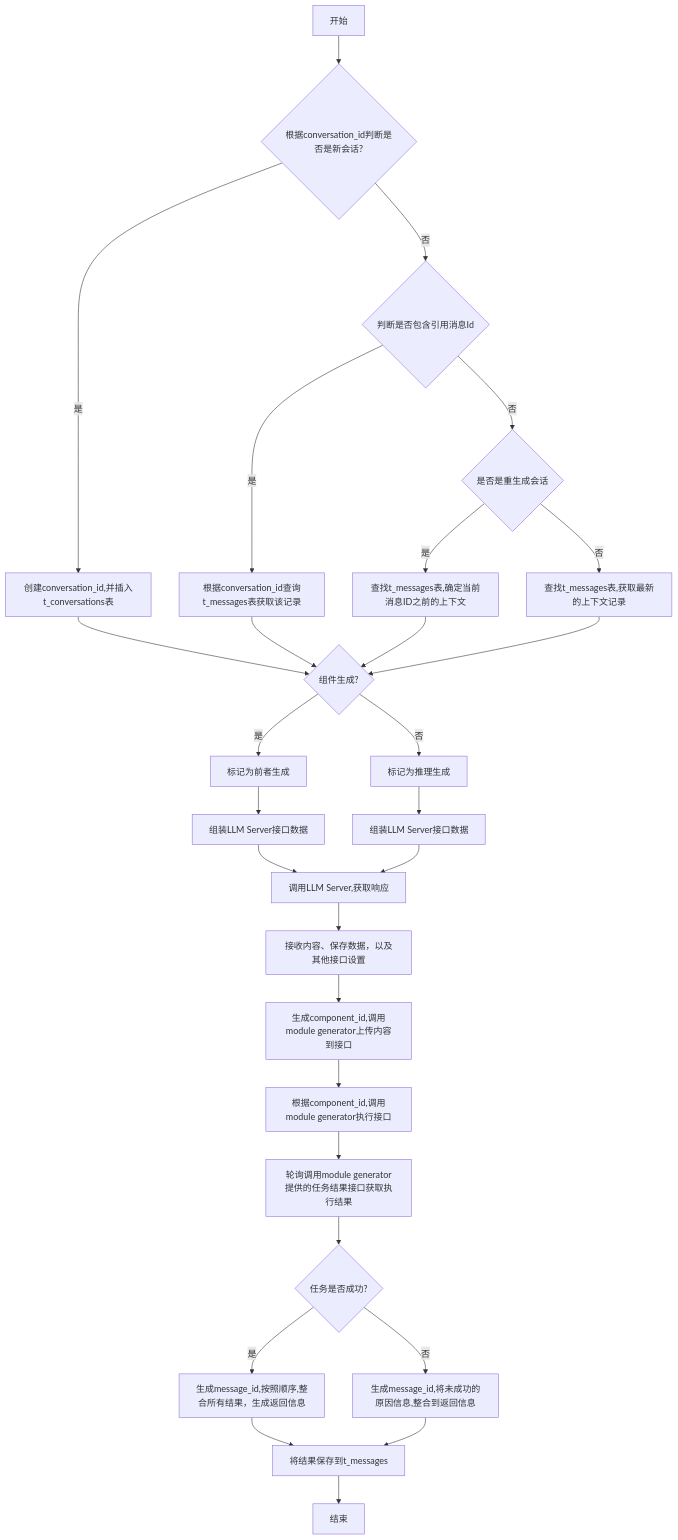
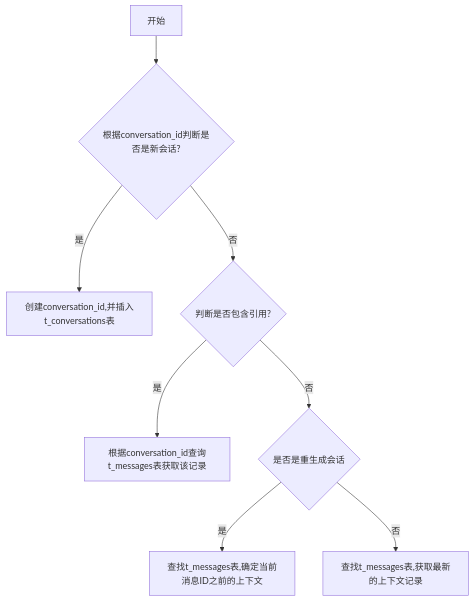
Before and after one commit to yingjianzh/iodraw-files: the diagram in all/未命名-7.md, drawn with Mermaid.

Commit message:
2024-10-12 14:21:57 update

````diff
--- a/all/未命名-7.md
+++ b/all/未命名-7.md
@@ -1,31 +1,13 @@
 ```mermaid
 flowchart TD
     A[开始] --> B{根据conversation_id判断是否是新会话?}
     B -- 是 --> C[创建conversation_id,并插入t_conversations表]
-    B -- 否 --> D{判断是否包含引用消息Id}
+    B -- 否 --> D{判断是否包含引用?}
     D -- 是 --> E[根据conversation_id查询t_messages表获取该记录]
     D -- 否 --> F{是否是重生成会话}
     F -- 是 --> G[查找t_messages表,确定当前消息ID之前的上下文]
     F -- 否 --> H[查找t_messages表,获取最新的上下文记录]
 
-    C & E & G & H --> I{组件生成?}
-    I -- 是 --> J[标记为前者生成]
-    I -- 否 --> K[标记为推理生成]
-
-    J --> L[组装LLM Server接口数据]
-    K --> M[组装LLM Server接口数据]
-    L & M --> N[调用LLM Server,获取响应]
-    N --> O[接收内容、保存数据，以及其他接口设置]
-
-    O --> P[生成component_id,调用module generator上传内容到接口]
-    P --> Q[根据component_id,调用module generator执行接口]
-    Q --> R[轮询调用module generator提供的任务结果接口获取执行结果]
-
-    R --> S{任务是否成功?}
-    S -- 是 --> T[生成message_id,按照顺序,整合所有结果，生成返回信息]
-    S -- 否 --> U[生成message_id,将未成功的原因信息,整合到返回信息]
-
-    T & U --> V[将结果保存到t_messages]
-    V --> W[结束]
+    
 
 ```
````
